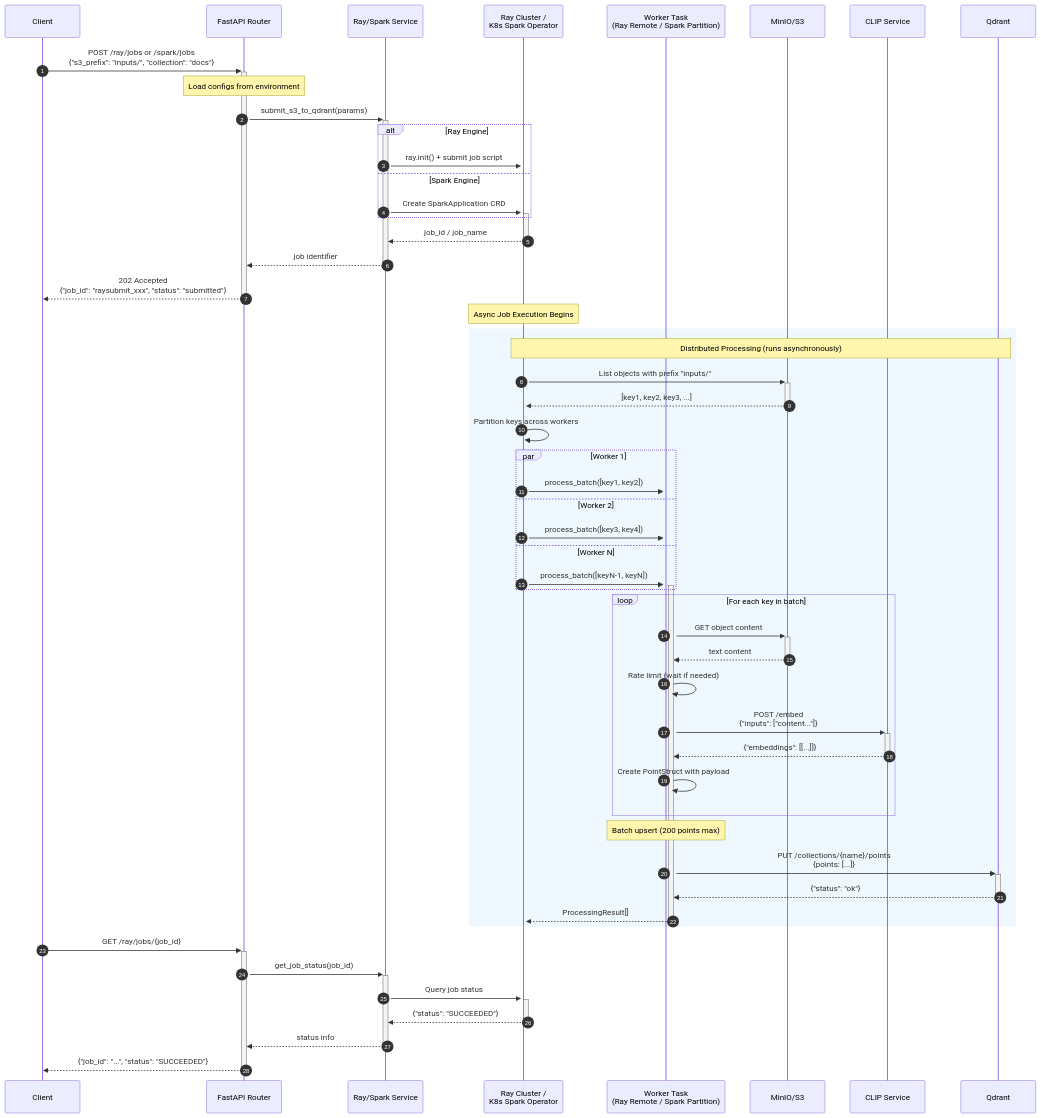
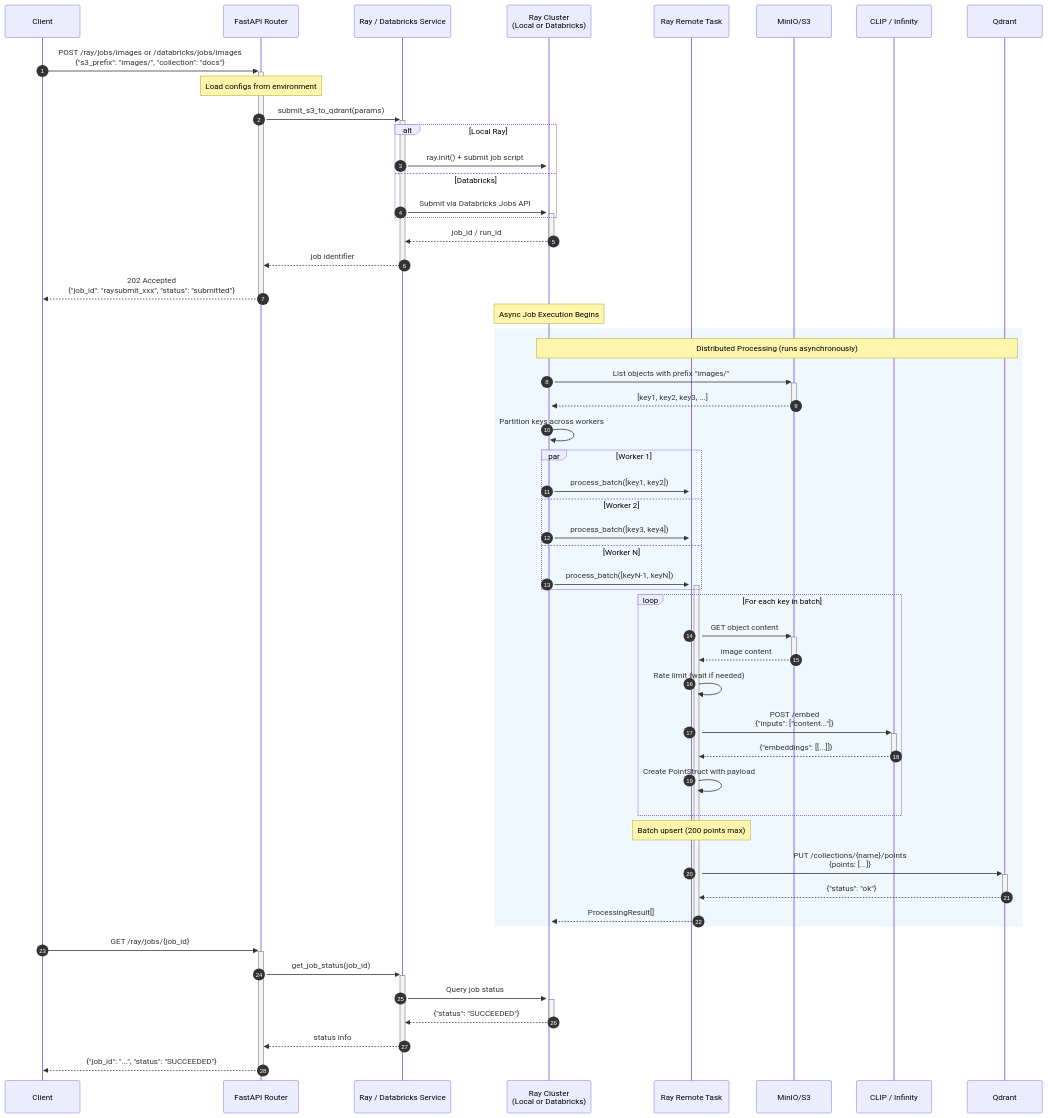
One commit to gt-sse-center/iNatInq changed the diagram in charts/ingestion-engine-sequence.md. Above: the diagram before and after it, drawn with Mermaid. The commit also changed other lines of this file and 84 other files, not shown here.

First line of the commit message:
docs: audit documentation — add charts, test docstrings, README updates

````diff
--- a/charts/ingestion-engine-sequence.md
+++ b/charts/ingestion-engine-sequence.md
@@ -3,73 +3,73 @@
 ```mermaid
 sequenceDiagram
     autonumber
     participant C as Client
     participant API as FastAPI Router
-    participant SVC as Ray/Spark Service
-    participant Cluster as Ray Cluster /<br/>K8s Spark Operator
-    participant Worker as Worker Task<br/>(Ray Remote / Spark Partition)
+    participant SVC as Ray / Databricks Service
+    participant Cluster as Ray Cluster<br/>(Local or Databricks)
+    participant Worker as Ray Remote Task
     participant S3 as MinIO/S3
-    participant CLIP as CLIP Service
+    participant CLIP as CLIP / Infinity
     participant Qdrant as Qdrant
 
-    C->>+API: POST /ray/jobs or /spark/jobs<br/>{"s3_prefix": "inputs/", "collection": "docs"}
+    C->>+API: POST /ray/jobs/images or /databricks/jobs/images<br/>{"s3_prefix": "images/", "collection": "docs"}
 
     Note over API: Load configs from environment
-    
+
     API->>+SVC: submit_s3_to_qdrant(params)
-    
-    alt Ray Engine
+
+    alt Local Ray
         SVC->>+Cluster: ray.init() + submit job script
-    else Spark Engine
-        SVC->>+Cluster: Create SparkApplication CRD
+    else Databricks
+        SVC->>+Cluster: Submit via Databricks Jobs API
     end
-    
-    Cluster-->>-SVC: job_id / job_name
+
+    Cluster-->>-SVC: job_id / run_id
     SVC-->>-API: job identifier
     API-->>-C: 202 Accepted<br/>{"job_id": "raysubmit_xxx", "status": "submitted"}
 
     Note over Cluster: Async Job Execution Begins
 
     rect rgb(240, 248, 255)
         Note over Cluster,Qdrant: Distributed Processing (runs asynchronously)
-        
-        Cluster->>+S3: List objects with prefix "inputs/"
+
+        Cluster->>+S3: List objects with prefix "images/"
         S3-->>-Cluster: [key1, key2, key3, ...]
-        
+
         Cluster->>Cluster: Partition keys across workers
-        
+
         par Worker 1
             Cluster->>+Worker: process_batch([key1, key2])
         and Worker 2
             Cluster->>+Worker: process_batch([key3, key4])
         and Worker N
             Cluster->>+Worker: process_batch([keyN-1, keyN])
         end
-        
+
         loop For each key in batch
             Worker->>+S3: GET object content
-            S3-->>-Worker: text content
-            
+            S3-->>-Worker: image content
+
             Worker->>Worker: Rate limit (wait if needed)
-            
+
             Worker->>+CLIP: POST /embed<br/>{"inputs": ["content..."]}
             CLIP-->>-Worker: {"embeddings": [[...]]}
-            
+
             Worker->>Worker: Create PointStruct with payload
         end
-        
+
         Note over Worker: Batch upsert (200 points max)
-        
+
         Worker->>+Qdrant: PUT /collections/{name}/points<br/>{points: [...]}
         Qdrant-->>-Worker: {"status": "ok"}
-        
+
         Worker-->>-Cluster: ProcessingResult[]
     end
 
     C->>+API: GET /ray/jobs/{job_id}
     API->>+SVC: get_job_status(job_id)
     SVC->>+Cluster: Query job status
     Cluster-->>-SVC: {"status": "SUCCEEDED"}
     SVC-->>-API: status info
     API-->>-C: {"job_id": "...", "status": "SUCCEEDED"}
 ```
````
